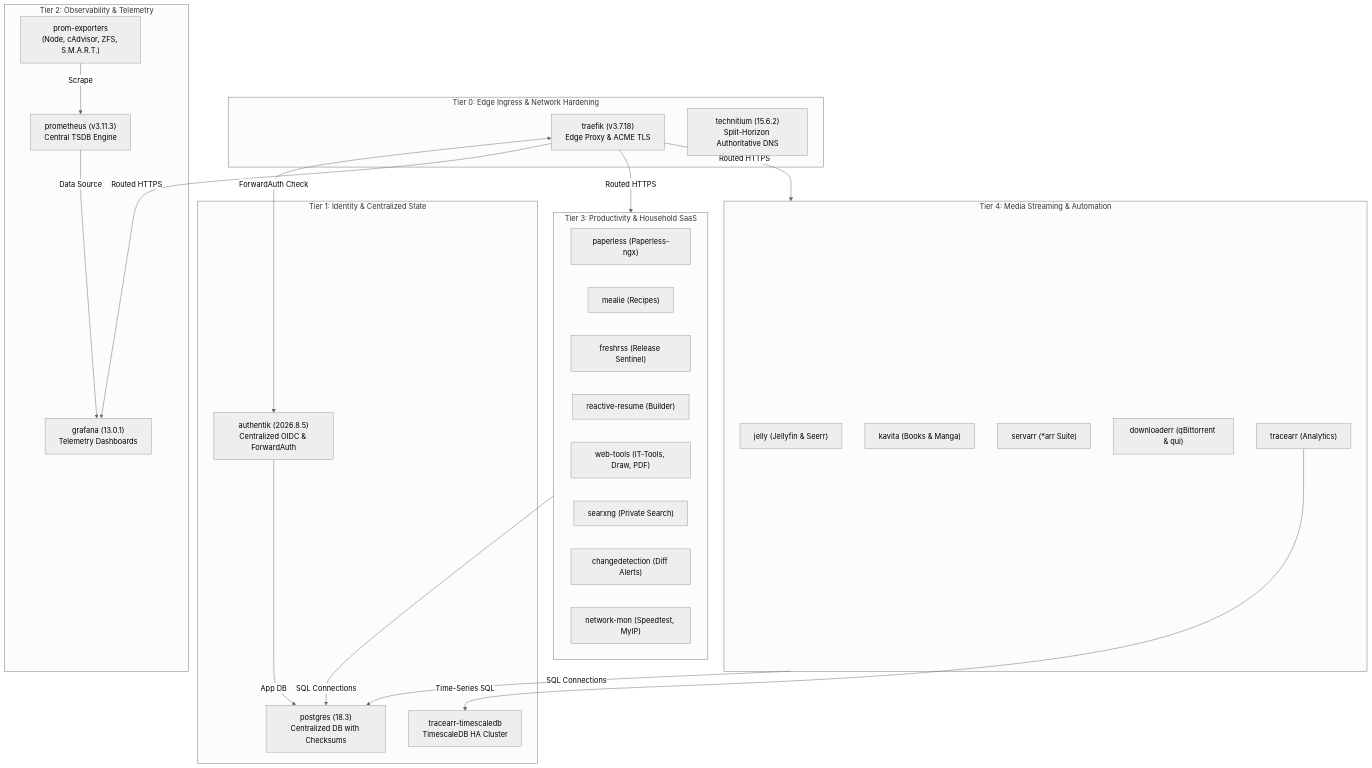
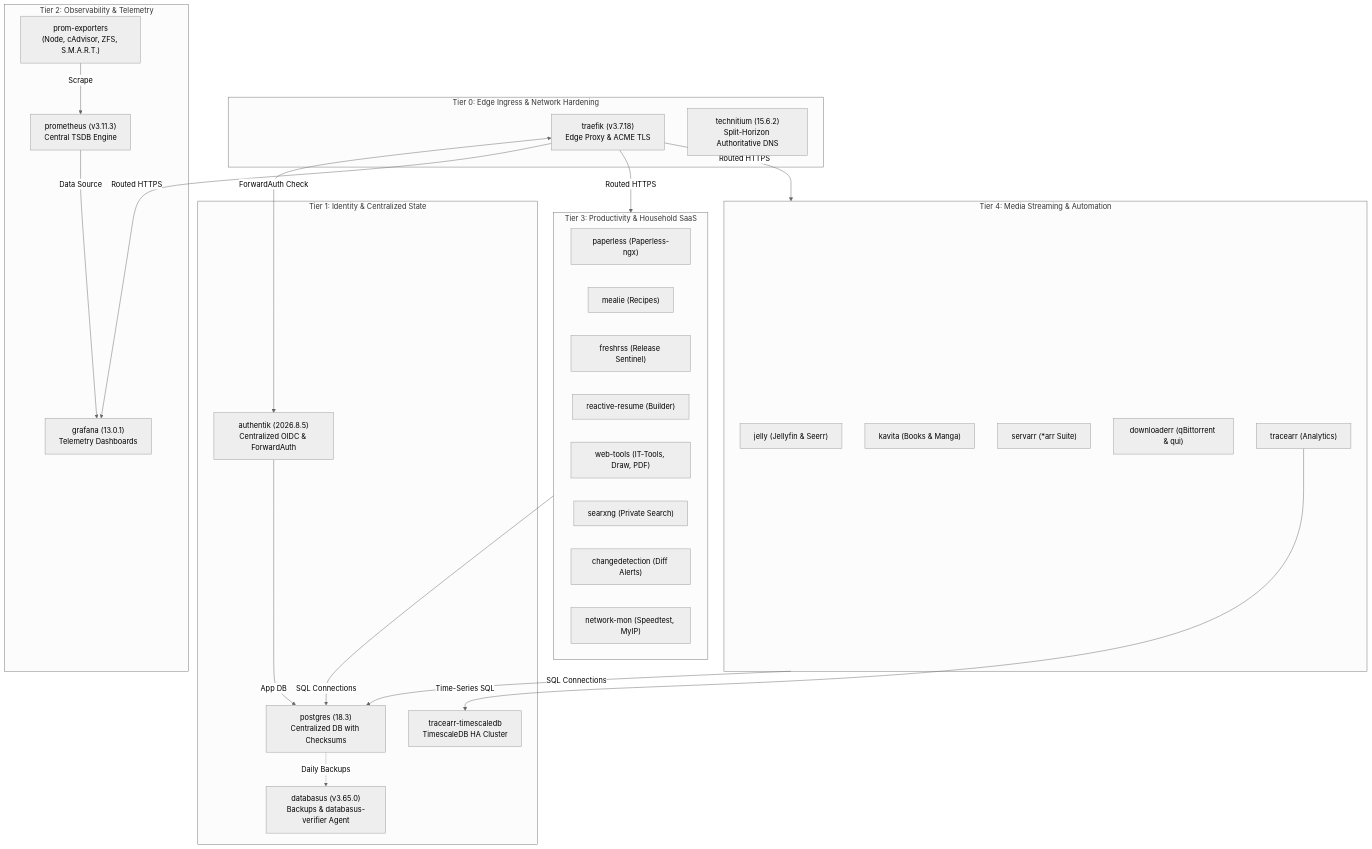
The diagram in compose/README.md (Dr20Ervin/205hlab), drawn with Mermaid (neutral theme) before and after one commit. The commit also changed other lines of this file and 19 other files, not shown here.

````diff
--- a/compose/README.md
+++ b/compose/README.md
@@ -46,52 +48,54 @@
 ```mermaid
 flowchart TD
     subgraph Layer0["Tier 0: Edge Ingress & Network Hardening"]
         Traefik["traefik (v3.7.18)\nEdge Proxy & ACME TLS"]
         Technitium["technitium (15.6.2)\nSplit-Horizon Authoritative DNS"]
     end
 
     subgraph Layer1["Tier 1: Identity & Centralized State"]
         Authentik["authentik (2026.8.5)\nCentralized OIDC & ForwardAuth"]
         Postgres["postgres (18.3)\nCentralized DB with Checksums"]
+        Databasus["databasus (v3.65.0)\nBackups & databasus-verifier Agent"]
         Timescale["tracearr-timescaledb\nTimescaleDB HA Cluster"]
+        Postgres -.->|Daily Backups| Databasus
     end
 
     subgraph Layer2["Tier 2: Observability & Telemetry"]
         Prometheus["prometheus (v3.11.3)\nCentral TSDB Engine"]
         Exporters["prom-exporters\n(Node, cAdvisor, ZFS, S.M.A.R.T.)"]
         Grafana["grafana (13.0.1)\nTelemetry Dashboards"]
         Exporters -->|Scrape| Prometheus
         Prometheus -->|Data Source| Grafana
     end
 
     subgraph Layer3["Tier 3: Productivity & Household SaaS"]
         Paperless["paperless (Paperless-ngx)"]
         Mealie["mealie (Recipes)"]
         FreshRSS["freshrss (Release Sentinel)"]
         Resume["reactive-resume (Builder)"]
         WebTools["web-tools (IT-Tools, Draw, PDF)"]
         SearXNG["searxng (Private Search)"]
         ChangeDet["changedetection (Diff Alerts)"]
         NetMon["network-mon (Speedtest, MyIP)"]
     end
 
     subgraph Layer4["Tier 4: Media Streaming & Automation"]
         Jellyfin["jelly (Jellyfin & Seerr)"]
         Kavita["kavita (Books & Manga)"]
         Servarr["servarr (*arr Suite)"]
         Downloaderr["downloaderr (qBittorrent & qui)"]
         Tracearr["tracearr (Analytics)"]
     end
 
     %% Ingress & Auth Wiring
     Traefik <-->|ForwardAuth Check| Authentik
     Traefik -->|Routed HTTPS| Layer3
     Traefik -->|Routed HTTPS| Layer4
     Traefik -->|Routed HTTPS| Grafana
 
     %% Persistence Wiring
     Layer3 -->|SQL Connections| Postgres
     Layer4 -->|SQL Connections| Postgres
     Tracearr -->|Time-Series SQL| Timescale
     Authentik -->|App DB| Postgres
 ```
````
